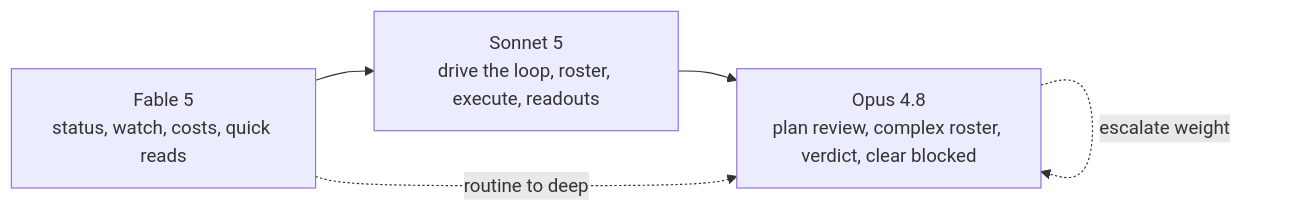
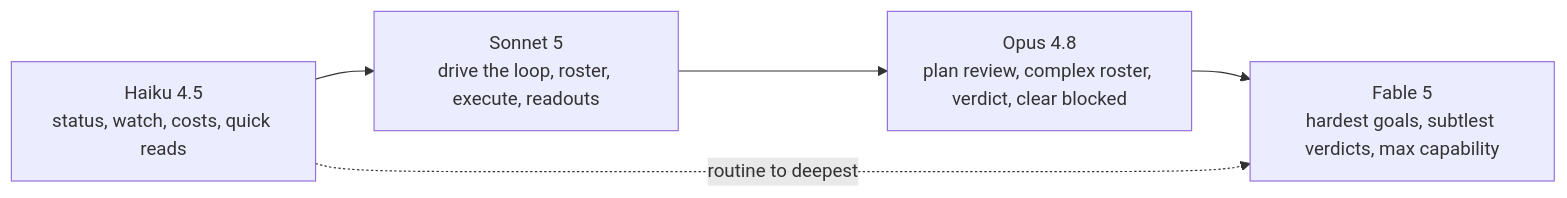
The first of 2 diagrams in site-relay-mesh-docs/Steering Models Across Phases.md (CodeStrux/relay-mesh), drawn with Mermaid before and after one commit. The commit also changed other lines of this file and 2 other files, not shown here.

First line of the commit message:
docs: correct model tiering — Fable 5 is the flagship tier, Haiku 4.5 is the cheap/fast tier

````diff
--- a/site-relay-mesh-docs/Steering Models Across Phases.md
+++ b/site-relay-mesh-docs/Steering Models Across Phases.md
@@ -34,9 +35,9 @@
 ```mermaid
 flowchart LR
-    F["Fable 5<br/>status, watch, costs, quick reads"]
+    H["Haiku 4.5<br/>status, watch, costs, quick reads"]
     S["Sonnet 5<br/>drive the loop, roster, execute, readouts"]
     O["Opus 4.8<br/>plan review, complex roster, verdict, clear blocked"]
-    F --> S --> O
-    O -.->|escalate weight| O
-    F -.->|routine to deep| O
+    F["Fable 5<br/>hardest goals, subtlest verdicts, max capability"]
+    H --> S --> O --> F
+    H -.->|routine to deepest| F
 ```
````
